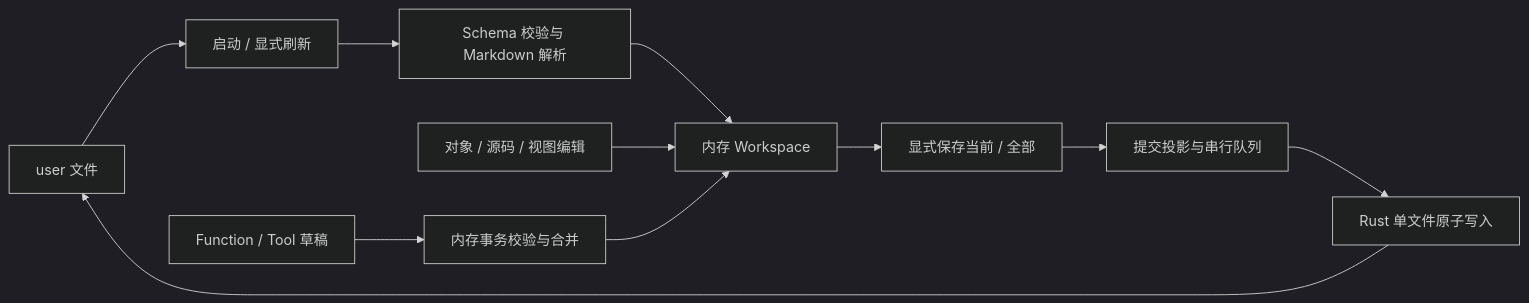
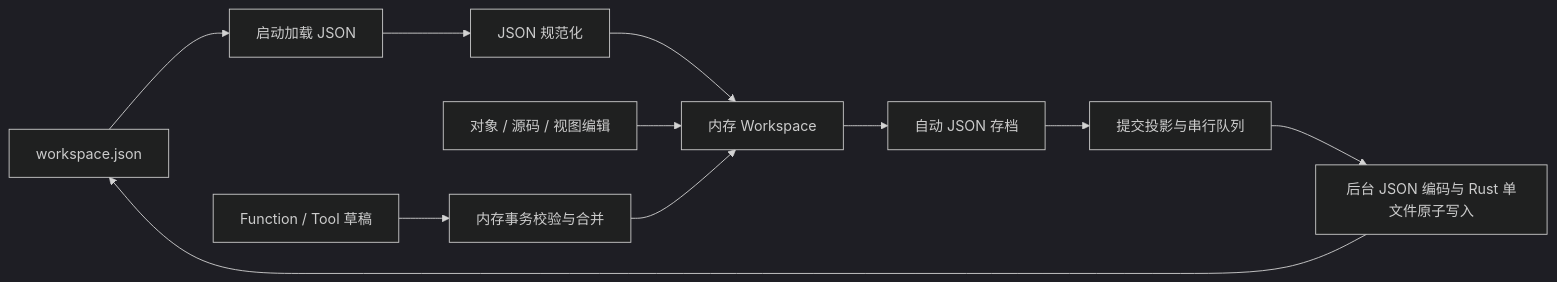
One commit to LS-XH/MyUniverse changed the diagram in docs/architecture.md. Above: the diagram before and after it, drawn with Mermaid (dark theme). The commit also changed other lines of this file and 126 other files, not shown here.

````diff
--- a/docs/architecture.md
+++ b/docs/architecture.md
@@ -26,13 +26,13 @@
 ```mermaid
 flowchart LR
-  Files[user 文件] --> Load[启动 / 显式刷新]
-  Load --> Parse[Schema 校验与 Markdown 解析]
+  Files[workspace.json] --> Load[启动加载 JSON]
+  Load --> Parse[JSON 规范化]
   Parse --> State[内存 Workspace]
   UI[对象 / 源码 / 视图编辑] --> State
   Script[Function / Tool 草稿] --> Merge[内存事务校验与合并]
   Merge --> State
-  State --> Save[显式保存当前 / 全部]
+  State --> Save[自动 JSON 存档]
   Save --> Queue[提交投影与串行队列]
-  Queue --> Rust[Rust 单文件原子写入]
+  Queue --> Rust[后台 JSON 编码与 Rust 单文件原子写入]
   Rust --> Files
 ```
````
